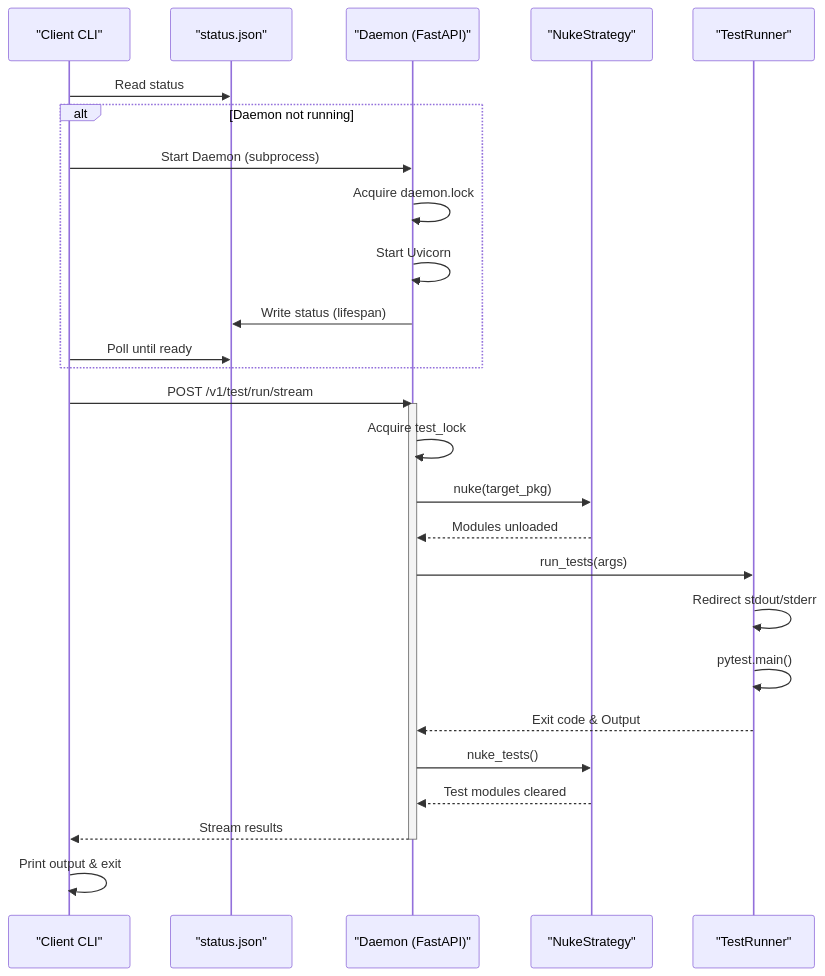
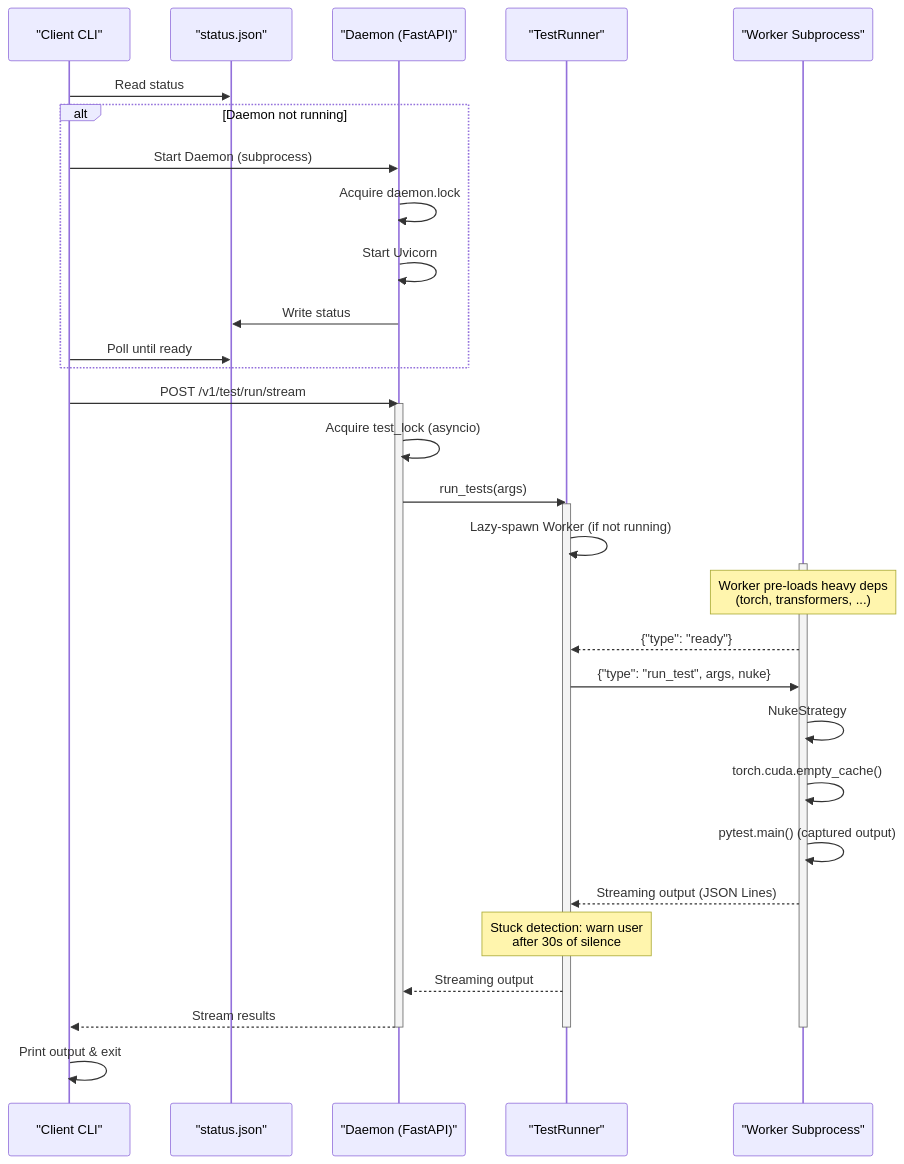
The second of 2 diagrams in README.md (QingGo/sprintest), drawn with Mermaid before and after one commit. The commit also changed other lines of this file and 10 other files, not shown here.

````diff
--- a/README.md
+++ b/README.md
@@ -61,32 +69,39 @@
 ```mermaid
 sequenceDiagram
     participant C as "Client CLI"
     participant S as "status.json"
     participant D as "Daemon (FastAPI)"
-    participant N as "NukeStrategy"
     participant R as "TestRunner"
+    participant W as "Worker Subprocess"
 
     C->>S: Read status
     alt Daemon not running
         C->>D: Start Daemon (subprocess)
         D->>D: Acquire daemon.lock
         D->>D: Start Uvicorn
-        D->>S: Write status (lifespan)
+        D->>S: Write status
         C->>S: Poll until ready
     end
 
     C->>D: POST /v1/test/run/stream
     activate D
-    D->>D: Acquire test_lock
-    D->>N: nuke(target_pkg)
-    N-->>D: Modules unloaded
+    D->>D: Acquire test_lock (asyncio)
     D->>R: run_tests(args)
-    R->>R: Redirect stdout/stderr
-    R->>R: pytest.main()
-    R-->>D: Exit code & Output
-    D->>N: nuke_tests()
-    N-->>D: Test modules cleared
+    activate R
+    R->>R: Lazy-spawn Worker (if not running)
+    activate W
+    Note over W: Worker pre-loads heavy deps<br/>(torch, transformers, ...)
+    W-->>R: {"type": "ready"}
+    R->>W: {"type": "run_test", args, nuke}
+    W->>W: NukeStrategy
+    W->>W: torch.cuda.empty_cache()
+    W->>W: pytest.main() (captured output)
+    W-->>R: Streaming output (JSON Lines)
+    Note over R: Stuck detection: warn user<br/>after 30s of silence
+    R-->>D: Streaming output
     D-->>C: Stream results
+    deactivate W
+    deactivate R
     deactivate D
     C->>C: Print output & exit
 ```
````
